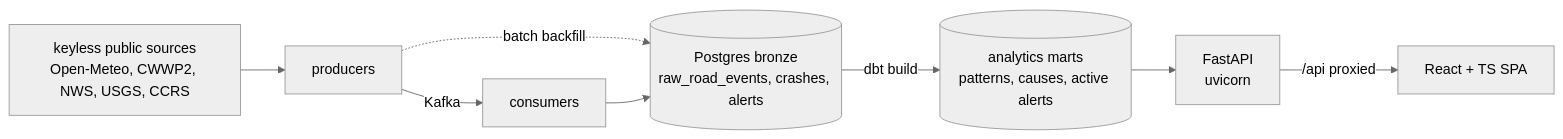
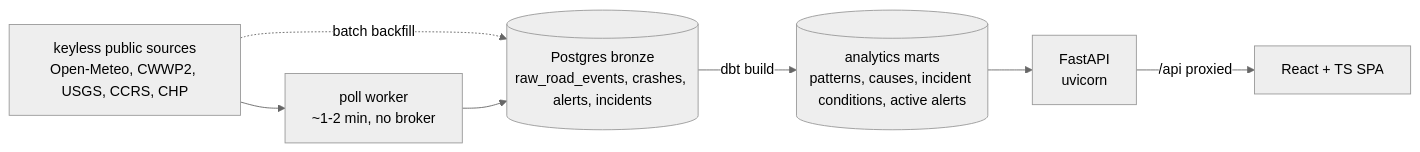
Before and after one commit to mariekarpinska/sierra-pass-watch: the diagram in docs/architecture.md, drawn with Mermaid (neutral theme). The commit also changed other lines of this file and 44 other files, not shown here.

````diff
--- a/docs/architecture.md
+++ b/docs/architecture.md
@@ -7,10 +7,9 @@
 ```mermaid
 flowchart LR
-  SRC[keyless public sources\nOpen-Meteo, CWWP2, NWS, USGS, CCRS] --> PROD[producers]
-  PROD -->|Kafka| CONS[consumers]
-  PROD -.->|batch backfill| PG
-  CONS --> PG[(Postgres bronze\nraw_road_events, crashes, alerts)]
-  PG -->|dbt build| MARTS[(analytics marts\npatterns, causes, active alerts)]
+  SRC[keyless public sources\nOpen-Meteo, CWWP2, USGS, CCRS, CHP] --> POLL[poll worker\n~1-2 min, no broker]
+  SRC -.->|batch backfill| PG
+  POLL --> PG[(Postgres bronze\nraw_road_events, crashes, alerts, incidents)]
+  PG -->|dbt build| MARTS[(analytics marts\npatterns, causes, incident conditions, active alerts)]
   MARTS --> API[FastAPI\nuvicorn]
   API -->|/api proxied| FE[React + TS SPA]
 ```
````
